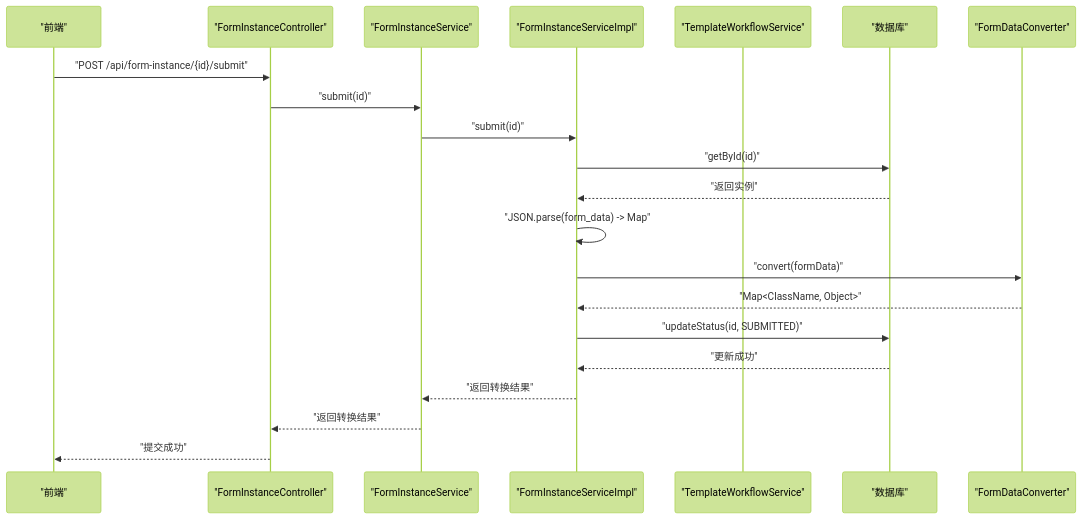
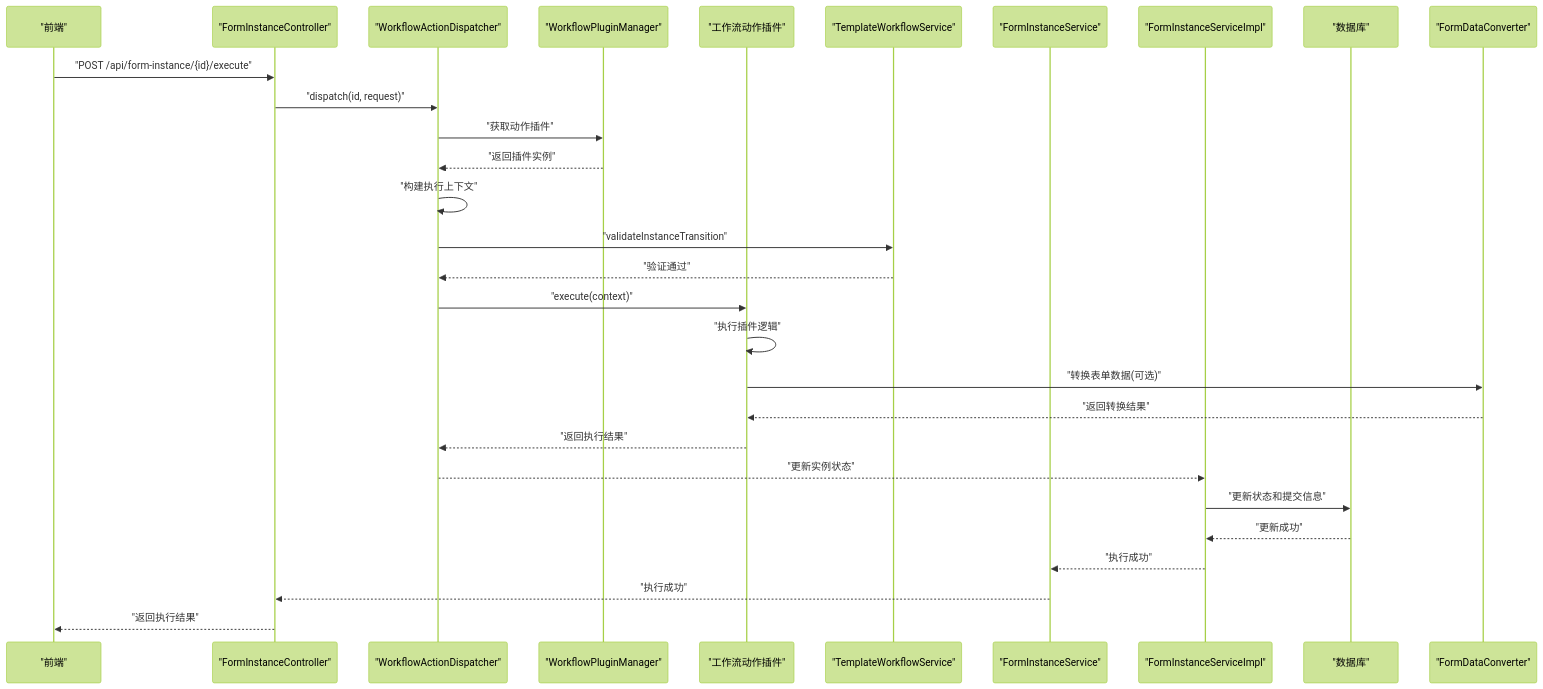
Before and after one commit to NJMrLi/genetics: the fourth of 7 diagrams in .qoder/repowiki/zh/content/API接口文档/服务单实例API.md, drawn with Mermaid (forest theme). The commit also changed other lines of this file and 19 other files, not shown here.

````diff
--- a/.qoder/repowiki/zh/content/API接口文档/服务单实例API.md
+++ b/.qoder/repowiki/zh/content/API接口文档/服务单实例API.md
@@ -599,23 +571,31 @@
 ```mermaid
 sequenceDiagram
 participant FE as "前端"
 participant Ctrl as "FormInstanceController"
+participant Dispatcher as "WorkflowActionDispatcher"
+participant PluginMgr as "WorkflowPluginManager"
+participant Plugin as "工作流动作插件"
+participant WFService as "TemplateWorkflowService"
 participant Svc as "FormInstanceService"
 participant Impl as "FormInstanceServiceImpl"
-participant WFService as "TemplateWorkflowService"
 participant DB as "数据库"
 participant Conv as "FormDataConverter"
-FE->>Ctrl : "POST /api/form-instance/{id}/submit"
-Ctrl->>Svc : "submit(id)"
-Svc->>Impl : "submit(id)"
-Impl->>DB : "getById(id)"
-DB-->>Impl : "返回实例"
-Impl->>Impl : "JSON.parse(form_data) -> Map"
-Impl->>Conv : "convert(formData)"
-Conv-->>Impl : "Map<ClassName, Object>"
-Impl->>DB : "updateStatus(id, SUBMITTED)"
+FE->>Ctrl : "POST /api/form-instance/{id}/execute"
+Ctrl->>Dispatcher : "dispatch(id, request)"
+Dispatcher->>PluginMgr : "获取动作插件"
+PluginMgr-->>Dispatcher : "返回插件实例"
+Dispatcher->>Dispatcher : "构建执行上下文"
+Dispatcher->>WFService : "validateInstanceTransition"
+WFService-->>Dispatcher : "验证通过"
+Dispatcher->>Plugin : "execute(context)"
+Plugin->>Plugin : "执行插件逻辑"
+Plugin->>Conv : "转换表单数据(可选)"
+Conv-->>Plugin : "返回转换结果"
+Plugin-->>Dispatcher : "返回执行结果"
+Dispatcher-->>Impl : "更新实例状态"
+Impl->>DB : "更新状态和提交信息"
 DB-->>Impl : "更新成功"
-Impl-->>Svc : "返回转换结果"
-Svc-->>Ctrl : "返回转换结果"
-Ctrl-->>FE : "提交成功"
+Impl-->>Svc : "执行成功"
+Svc-->>Ctrl : "执行成功"
+Ctrl-->>FE : "返回执行结果"
 ```
````
